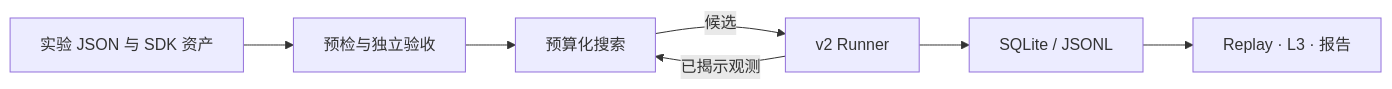
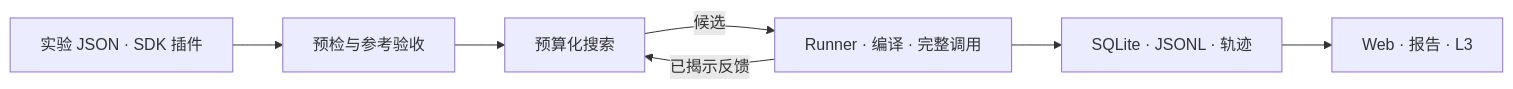
Before and after one commit to MingASA/KernelTuningLab: the diagram in README.md, drawn with Mermaid. The commit also changed other lines of this file and 17 other files, not shown here.

````diff
--- a/README.md
+++ b/README.md
@@ -46,9 +23,9 @@
 ```mermaid
 flowchart LR
-    C[实验 JSON 与 SDK 资产] --> V[预检与独立验收]
-    V --> S[预算化搜索]
-    S -->|候选| R[v2 Runner]
-    R -->|已揭示观测| S
-    R --> D[SQLite / JSONL]
-    D --> A[Replay · L3 · 报告]
+    A[实验 JSON · SDK 插件] --> B[预检与参考验收]
+    B --> C[预算化搜索]
+    C -->|候选| D[Runner · 编译 · 完整调用]
+    D -->|已揭示反馈| C
+    D --> E[SQLite · JSONL · 轨迹]
+    E --> F[Web · 报告 · L3]
 ```
````
